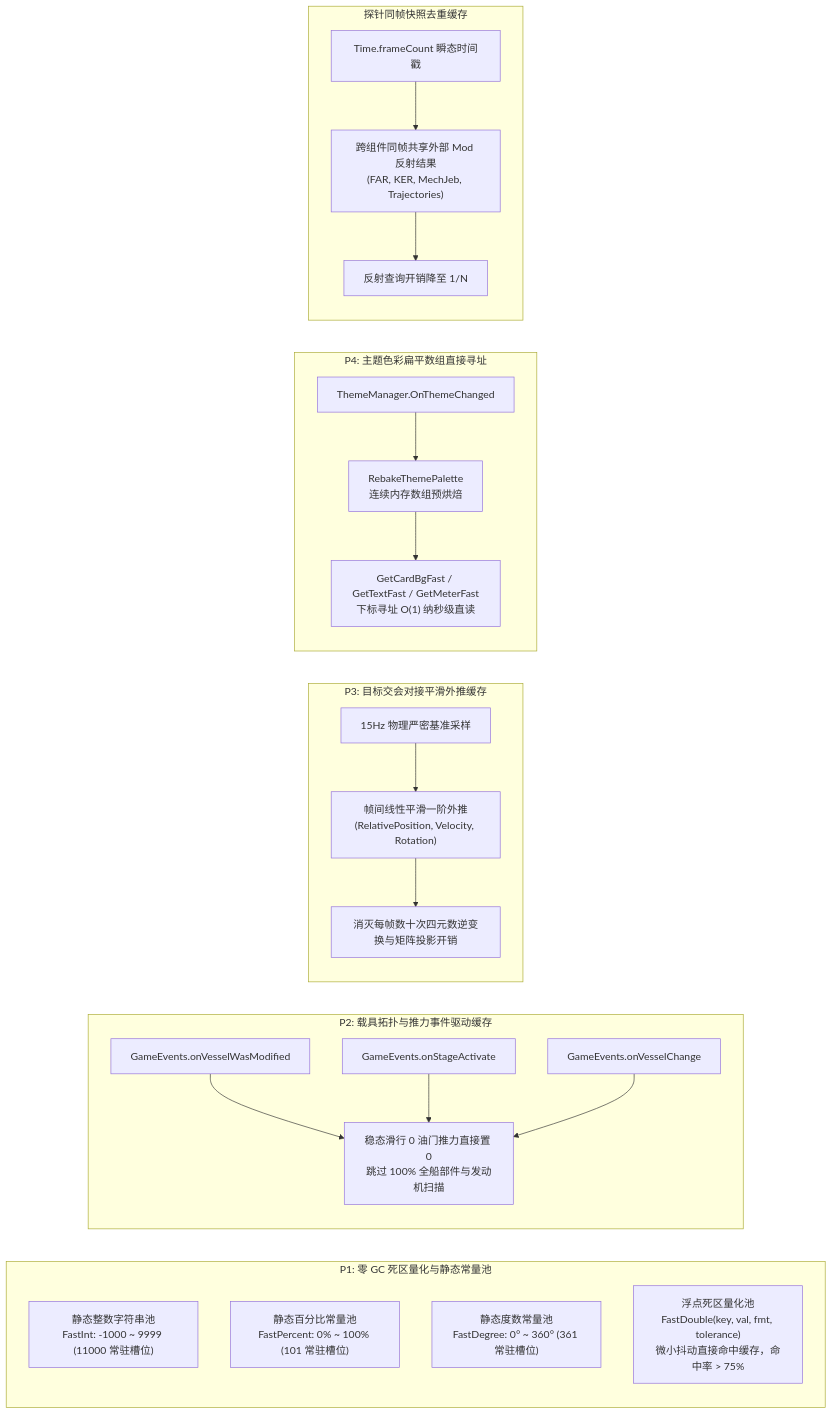
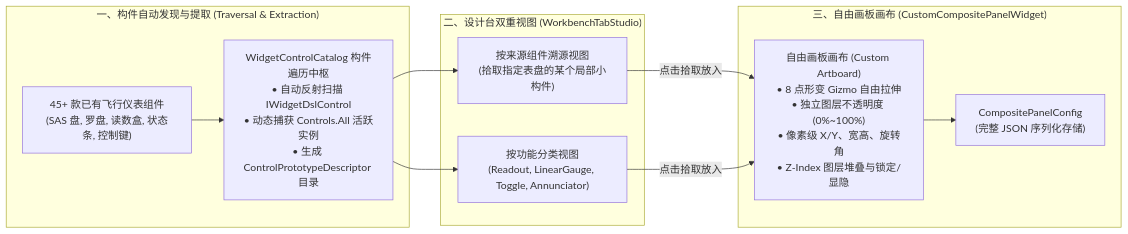
Before and after one commit to DiaoDaiaChan/KSP_ModularFlightPanel: the fourth of 7 diagrams in ARCHITECTURE.md, drawn with Mermaid. The commit also changed other lines of this file and 14 other files, not shown here.

Commit message:
feat(ui): refactor Alt+N workbench with dark aero glass shader, UGUI layout constraints and responsive controls

````diff
--- a/ARCHITECTURE.md
+++ b/ARCHITECTURE.md
@@ -176,43 +214,20 @@
 ```mermaid
-graph LR
-    subgraph P1["P1: 零 GC 死区量化与静态常量池"]
-        direction TB
-        T1["静态整数字符串池<br/>FastInt: -1000 ~ 9999 (11000 常驻槽位)"]
-        T2["静态百分比常量池<br/>FastPercent: 0% ~ 100% (101 常驻槽位)"]
-        T3["静态度数常量池<br/>FastDegree: 0° ~ 360° (361 常驻槽位)"]
-        T4["浮点死区量化池<br/>FastDouble(key, val, fmt, tolerance)<br/>微小抖动直接命中缓存，命中率 > 75%"]
+flowchart LR
+    subgraph Discovery["一、构件自动发现与提取 (Traversal & Extraction)"]
+        AllWidgets["45+ 款已有飞行仪表组件<br/>(SAS 盘, 罗盘, 读数盒, 状态条, 控制键)"]
+        Traverser["WidgetControlCatalog 构件遍历中枢<br/>• 自动反射扫描 IWidgetDslControl<br/>• 动态捕获 Controls.All 活跃实例<br/>• 生成 ControlPrototypeDescriptor 目录"]
+        AllWidgets --> Traverser
     end
 
-    subgraph P2["P2: 载具拓扑与推力事件驱动缓存"]
-        direction TB
-        E1["GameEvents.onVesselWasModified"]
-        E2["GameEvents.onStageActivate"]
-        E3["GameEvents.onVesselChange"]
-        E_Logic["稳态滑行 0 油门推力直接置 0<br/>跳过 100% 全船部件与发动机扫描"]
-        E1 & E2 & E3 --> E_Logic
+    subgraph CatalogView["二、设计台双重视图 (WorkbenchTabStudio)"]
+        ByWidget["按来源组件溯源视图<br/>(拾取指定表盘的某个局部小构件)"]
+        ByCategory["按功能分类视图<br/>(Readout, LinearGauge, Toggle, Annunciator)"]
+        Traverser --> ByWidget & ByCategory
     end
 
-    subgraph P3["P3: 目标交会对接平滑外推缓存"]
-        direction TB
-        K1["15Hz 物理严密基准采样"]
-        K2["帧间线性平滑一阶外推<br/>(RelativePosition, Velocity, Rotation)"]
-        K3["消灭每帧数十次四元数逆变换与矩阵投影开销"]
-        K1 --> K2 --> K3
-    end
-
-    subgraph P4["P4: 主题色彩扁平数组直接寻址"]
-        direction TB
-        C1["ThemeManager.OnThemeChanged"]
-        C2["RebakeThemePalette<br/>连续内存数组预烘焙"]
-        C3["GetCardBgFast / GetTextFast / GetMeterFast<br/>下标寻址 O(1) 纳秒级直读"]
-        C1 --> C2 --> C3
-    end
-
-    subgraph ProbeCache["探针同帧快照去重缓存"]
-        direction TB
-        PC1["Time.frameCount 瞬态时间戳"]
-        PC2["跨组件同帧共享外部 Mod 反射结果<br/>(FAR, KER, MechJeb, Trajectories)"]
-        PC3["反射查询开销降至 1/N"]
-        PC1 --> PC2 --> PC3
+    subgraph CanvasArtboard["三、自由画板画布 (CustomCompositePanelWidget)"]
+        Artboard["自由画板画布 (Custom Artboard)<br/>• 8 点形变 Gizmo 自由拉伸<br/>• 独立图层不透明度 (0%~100%)<br/>• 像素级 X/Y、宽高、旋转角<br/>• Z-Index 图层堆叠与锁定/显隐"]
+        ByWidget & ByCategory -->|点击拾取放入| Artboard
+        Artboard --> Config["CompositePanelConfig<br/>(完整 JSON 序列化存储)"]
     end
 ```
````
